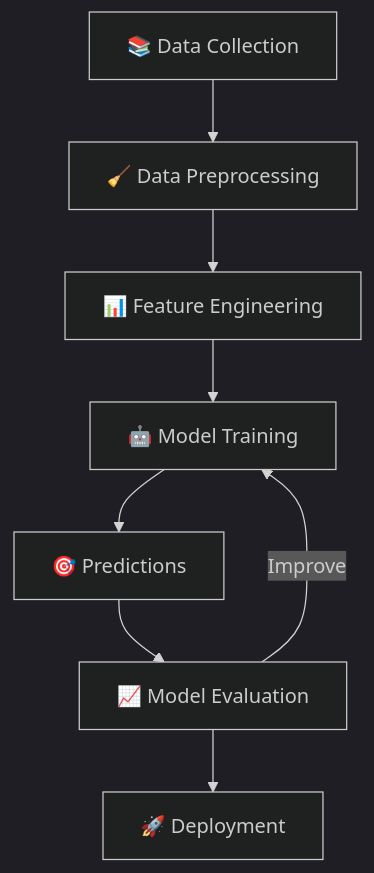
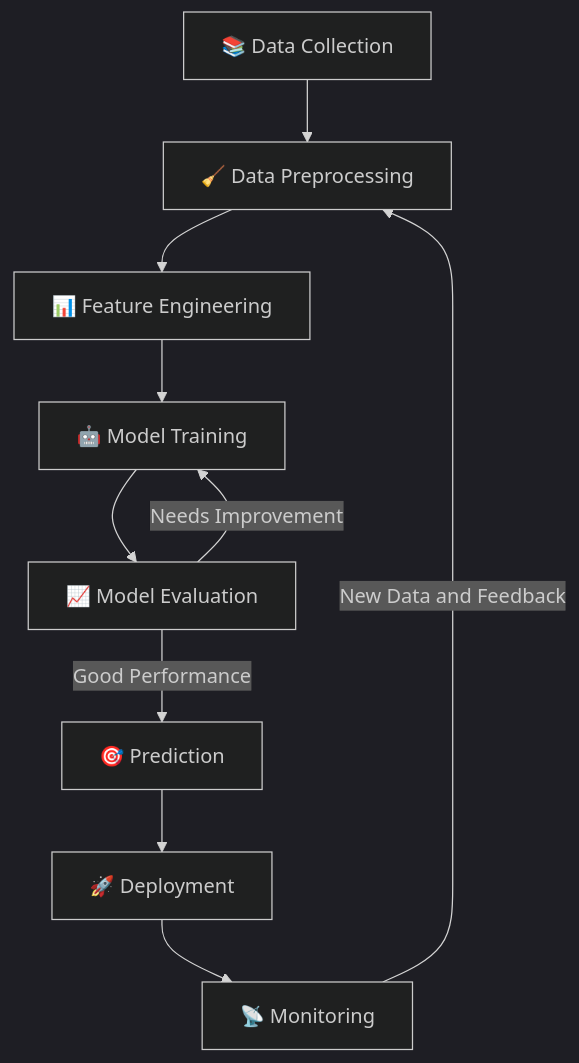
The diagram in Machine-Learning/Intro-to-Machine-Learning/Readme.md (vinayakmishra4/DS-ML-COURSE), drawn with Mermaid (dark theme) before and after one commit. The commit also changed other lines of this file, not shown here.

````diff
--- a/Machine-Learning/Intro-to-Machine-Learning/Readme.md
+++ b/Machine-Learning/Intro-to-Machine-Learning/Readme.md
@@ -104,10 +175,12 @@
 ```mermaid
 flowchart TD
     A["📚 Data Collection"] --> B["🧹 Data Preprocessing"]
     B --> C["📊 Feature Engineering"]
     C --> D["🤖 Model Training"]
-    D --> E["🎯 Predictions"]
-    E --> F["📈 Model Evaluation"]
+    D --> E["📈 Model Evaluation"]
+    E -->|Needs Improvement| D
+    E -->|Good Performance| F["🎯 Prediction"]
     F --> G["🚀 Deployment"]
-    F -->|Improve| D
+    G --> H["📡 Monitoring"]
+    H -->|New Data and Feedback| B
 ```
````
